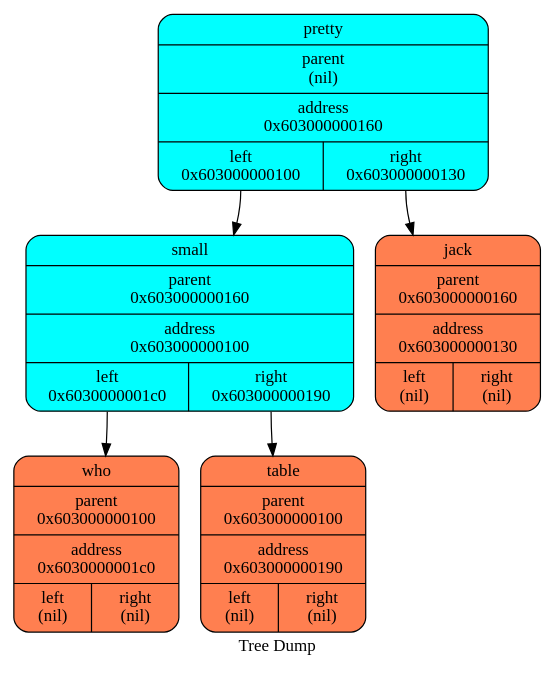
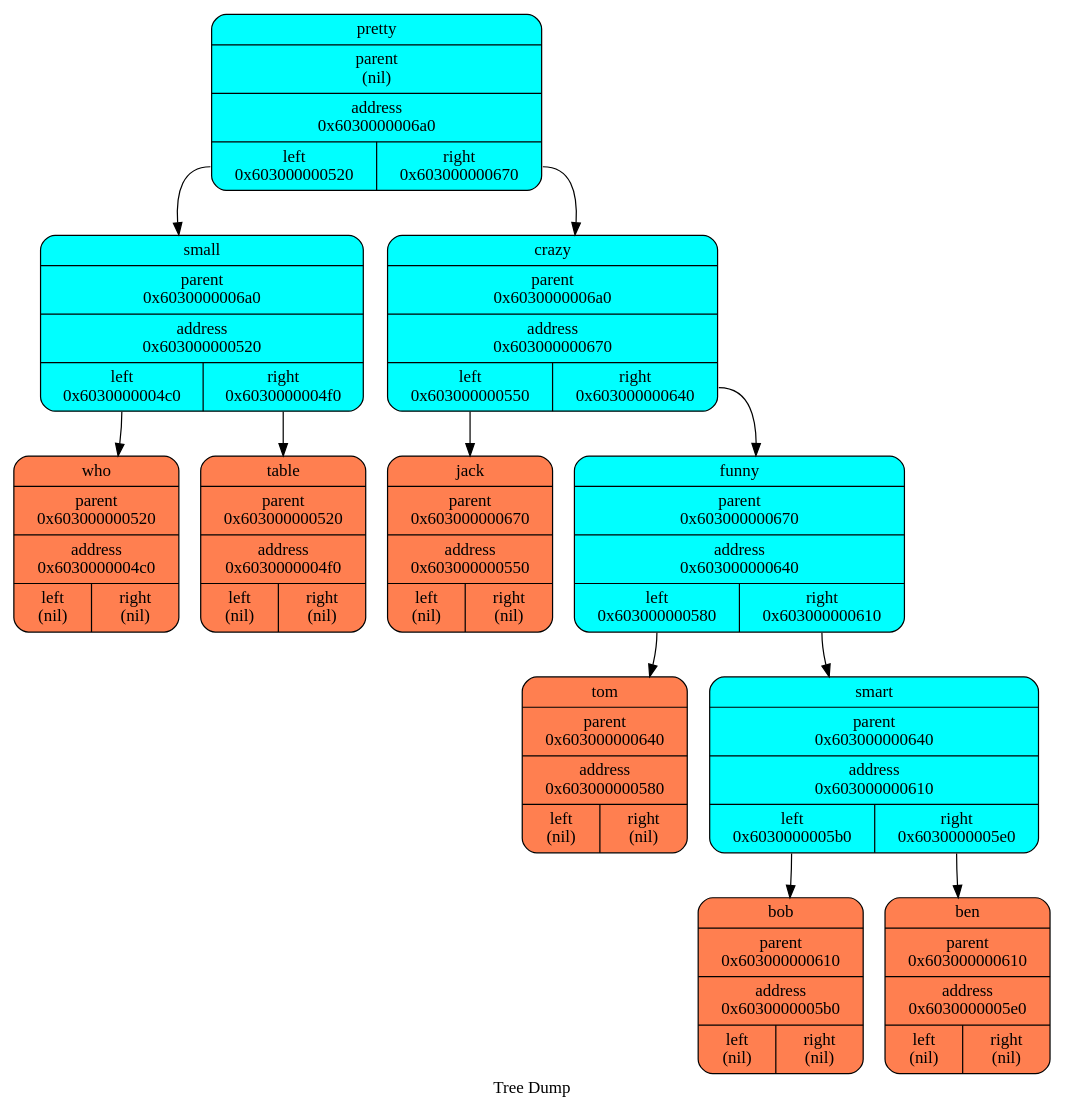
One commit to aidenfmunro/Akinator changed the diagram in log/dot/treegraph_1.dot. Above: the diagram before and after it, drawn with Graphviz. The commit also changed 12 other files, not shown here.

```diff
--- a/log/dot/treegraph_1.dot
+++ b/log/dot/treegraph_1.dot
@@ -1,15 +1,27 @@
   digraph tree  {
   node[   shape     = "Mrecord",  style     = "filled",  fillcolor = "aqua",  fontcolor = "#000000",  margin    = "0.075"];
   rankdir   = "TB";
 
   label     = "Tree Dump";
- "pretty" [shape = "Mrecord", label = "{<name>pretty | parent\n(nil) | <f0> address\n0x603000000160| {<left>left\n0x603000000100 | <right>right\n0x603000000130\n}}"];
+ "pretty" [shape = "Mrecord", label = "{<name>pretty | parent\n(nil) | <f0> address\n0x6030000006a0| {<left>left\n0x603000000520 | <right>right\n0x603000000670\n}}"];
   "pretty":left->"small";
- "small" [shape = "Mrecord", label = "{<name>small | parent\n0x603000000160 | <f0> address\n0x603000000100| {<left>left\n0x6030000001c0 | <right>right\n0x603000000190\n}}"];
+ "small" [shape = "Mrecord", label = "{<name>small | parent\n0x6030000006a0 | <f0> address\n0x603000000520| {<left>left\n0x6030000004c0 | <right>right\n0x6030000004f0\n}}"];
   "small":left->"who";
- "who" [shape = "Mrecord", fillcolor = "coral", label = "{<name>who | parent\n0x603000000100 | <f0> address\n0x6030000001c0| {<left>left\n(nil) | <right>right\n(nil)\n}}"];
+ "who" [shape = "Mrecord", fillcolor = "coral", label = "{<name>who | parent\n0x603000000520 | <f0> address\n0x6030000004c0| {<left>left\n(nil) | <right>right\n(nil)\n}}"];
   "small":right->"table";
- "table" [shape = "Mrecord", fillcolor = "coral", label = "{<name>table | parent\n0x603000000100 | <f0> address\n0x603000000190| {<left>left\n(nil) | <right>right\n(nil)\n}}"];
-  "pretty":right->"jack";
- "jack" [shape = "Mrecord", fillcolor = "coral", label = "{<name>jack | parent\n0x603000000160 | <f0> address\n0x603000000130| {<left>left\n(nil) | <right>right\n(nil)\n}}"];
+ "table" [shape = "Mrecord", fillcolor = "coral", label = "{<name>table | parent\n0x603000000520 | <f0> address\n0x6030000004f0| {<left>left\n(nil) | <right>right\n(nil)\n}}"];
+  "pretty":right->"crazy";
+ "crazy" [shape = "Mrecord", label = "{<name>crazy | parent\n0x6030000006a0 | <f0> address\n0x603000000670| {<left>left\n0x603000000550 | <right>right\n0x603000000640\n}}"];
+  "crazy":left->"jack";
+ "jack" [shape = "Mrecord", fillcolor = "coral", label = "{<name>jack | parent\n0x603000000670 | <f0> address\n0x603000000550| {<left>left\n(nil) | <right>right\n(nil)\n}}"];
+  "crazy":right->"funny";
+ "funny" [shape = "Mrecord", label = "{<name>funny | parent\n0x603000000670 | <f0> address\n0x603000000640| {<left>left\n0x603000000580 | <right>right\n0x603000000610\n}}"];
+  "funny":left->"tom";
+ "tom" [shape = "Mrecord", fillcolor = "coral", label = "{<name>tom | parent\n0x603000000640 | <f0> address\n0x603000000580| {<left>left\n(nil) | <right>right\n(nil)\n}}"];
+  "funny":right->"smart";
+ "smart" [shape = "Mrecord", label = "{<name>smart | parent\n0x603000000640 | <f0> address\n0x603000000610| {<left>left\n0x6030000005b0 | <right>right\n0x6030000005e0\n}}"];
+  "smart":left->"bob";
+ "bob" [shape = "Mrecord", fillcolor = "coral", label = "{<name>bob | parent\n0x603000000610 | <f0> address\n0x6030000005b0| {<left>left\n(nil) | <right>right\n(nil)\n}}"];
+  "smart":right->"ben";
+ "ben" [shape = "Mrecord", fillcolor = "coral", label = "{<name>ben | parent\n0x603000000610 | <f0> address\n0x6030000005e0| {<left>left\n(nil) | <right>right\n(nil)\n}}"];
   }
```
